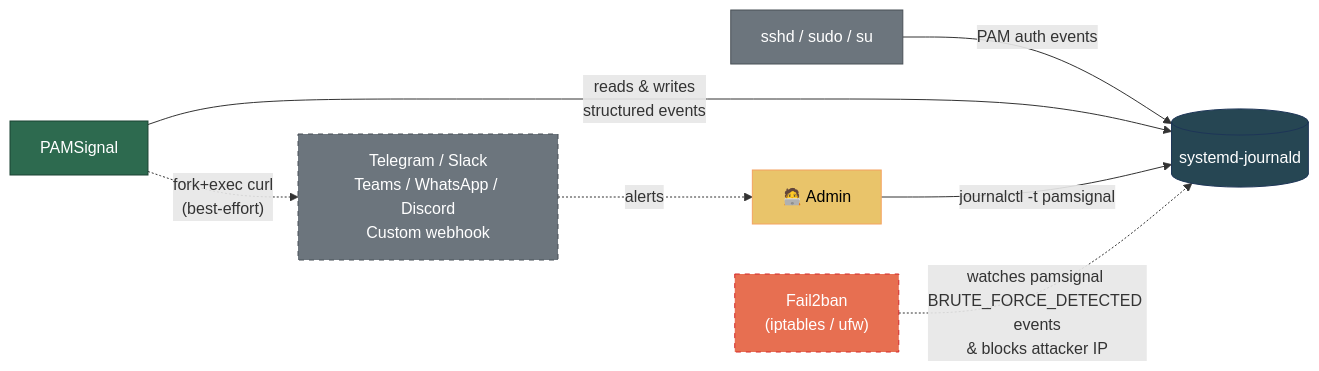
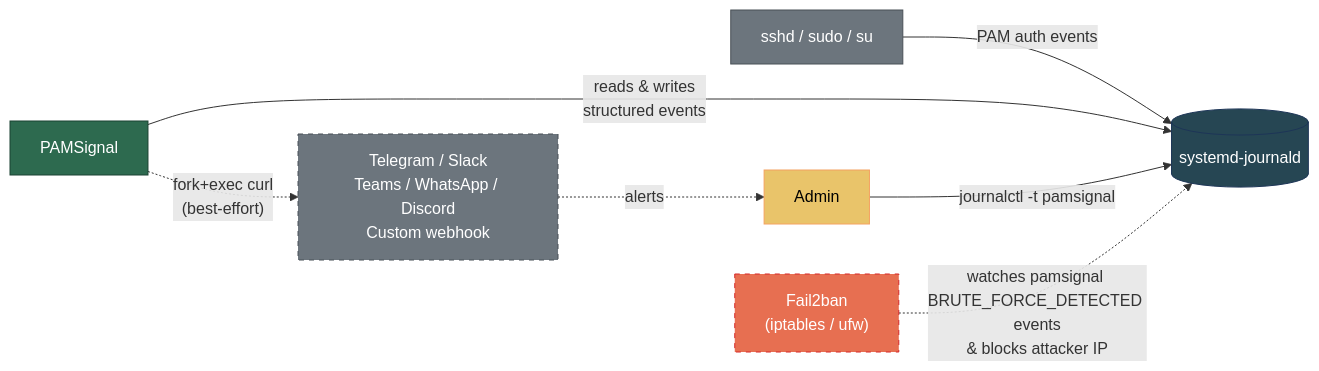
The diagram in README.md (anhtuank7c/pamsignal), drawn with Mermaid before and after one commit. The commit also changed other lines of this file and 137 other files, not shown here.

````diff
--- a/README.md
+++ b/README.md
@@ -163,23 +163,23 @@
 ```mermaid
 graph LR
     sshd["sshd / sudo / su"]
     journald[("systemd-journald")]
     pamsignal["PAMSignal"]
-    admin["🧑‍💻 Admin"]
+    admin["Admin"]
     platforms["Telegram / Slack<br/>Teams / WhatsApp / Discord<br/>Custom webhook"]
     fail2ban["Fail2ban<br/>(iptables / ufw)"]
 
     sshd -- "PAM auth events" --> journald
     pamsignal -- "reads & writes<br/>structured events" --> journald
     admin -- "journalctl -t pamsignal" --> journald
     pamsignal -. "fork+exec curl<br/>(best-effort)" .-> platforms
     platforms -. "alerts" .-> admin
     fail2ban -. "watches pamsignal BRUTE_FORCE_DETECTED events<br/>& blocks attacker IP" .-> journald
 
     style pamsignal fill:#2d6a4f,stroke:#1b4332,color:#fff
     style journald fill:#264653,stroke:#1d3557,color:#fff
     style sshd fill:#6c757d,stroke:#495057,color:#fff
     style platforms fill:#6c757d,stroke:#495057,color:#fff,stroke-dasharray: 5 5
     style fail2ban fill:#e76f51,stroke:#d62828,color:#fff,stroke-dasharray: 5 5
     style admin fill:#e9c46a,stroke:#f4a261,color:#000
 ```
````
